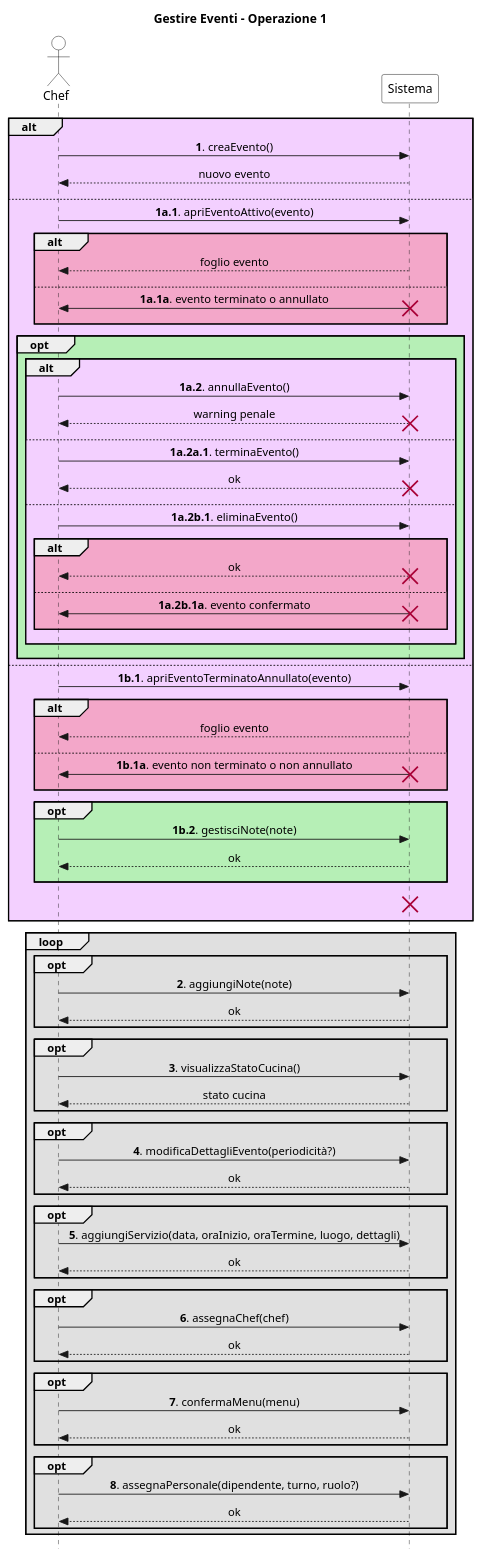
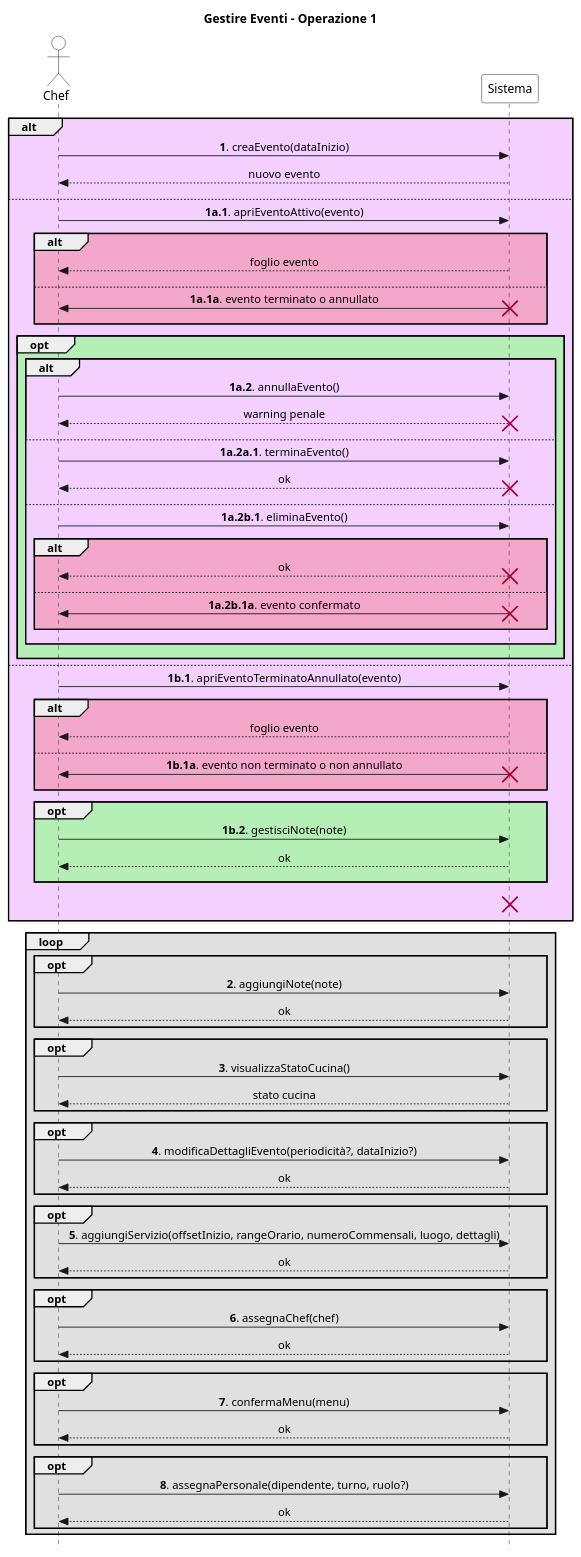
One commit to stefa168/sas-project changed the diagram in UP/Requisiti/UC Gestire Eventi/SSD/Estensioni-Eccezioni Op1.puml. Above: the diagram before and after it, drawn with PlantUML. The commit also changed 4 other files, not shown here.

```diff
--- a/UP/Requisiti/UC Gestire Eventi/SSD/Estensioni-Eccezioni Op1.puml
+++ b/UP/Requisiti/UC Gestire Eventi/SSD/Estensioni-Eccezioni Op1.puml
@@ -1,118 +1,118 @@
 @startuml
 skinparam Style strictuml
 skinparam SequenceMessageAlign center
 
 skinparam sequence {
     ActorBorderColor Black
     ActorBackgroundColor White
     ParticipantBorderColor Black
     ParticipantBackgroundColor White
 }
 
 actor Chef
 participant Sistema
 
 title Gestire Eventi - Operazione 1
 
 alt #f3d0ff
-    Chef -> Sistema: **1**. creaEvento()
+    Chef -> Sistema: **1**. creaEvento(dataInizio)
     return nuovo evento
     ||10||
 else
     Chef -> Sistema: **1a.1**. apriEventoAttivo(evento)
     alt #f3a7c9
         return foglio evento
         ||10||
     else
         Chef <- Sistema: **1a.1a**. evento terminato o annullato
         destroy Sistema
         ||10||
     end
 
     opt #b6efb6
         alt #f3d0ff
             Chef -> Sistema: **1a.2**. annullaEvento()
             return warning penale
             destroy Sistema
             ||10||
         else
             Chef -> Sistema: **1a.2a.1**. terminaEvento()
             return ok
             destroy Sistema
             ||10||
         else
             Chef -> Sistema: **1a.2b.1**. eliminaEvento()
             alt #f3a7c9
                 return ok
                 destroy Sistema
                 ||10||
             else
                Chef <- Sistema: **1a.2b.1a**. evento confermato
                destroy Sistema
                ||10||
             end
             ||10||
         end
         ' non abbiamo modo di modificare il colore della X
         ||10||
     end
 else
     Chef -> Sistema: **1b.1**. apriEventoTerminatoAnnullato(evento)
     alt #f3a7c9
         return foglio evento
         ||10||
     else
         Chef <- Sistema: **1b.1a**. evento non terminato o non annullato
         destroy Sistema
         ||10||
     end
 
     opt #b6efb6
         Chef -> Sistema: **1b.2**. gestisciNote(note)
         return ok
         ||10||
     end
 
     ||10||
     destroy Sistema
 '    note over Chef, Sistema #fff: Il caso d'uso termina.
     ||10||
 end
 
 loop #e0e0e0
     opt #e0e0e0
         Chef -> Sistema: **2**. aggiungiNote(note)
         return ok
     end
 
     opt #e0e0e0
         Chef -> Sistema: **3**. visualizzaStatoCucina()
         return stato cucina
     end
 
     opt #e0e0e0
-        Chef -> Sistema: **4**. modificaDettagliEvento(periodicità?)
+        Chef -> Sistema: **4**. modificaDettagliEvento(periodicità?, dataInizio?)
         return ok
     end
 
     opt #e0e0e0
-        Chef -> Sistema: **5**. aggiungiServizio(data, oraInizio, oraTermine, luogo, dettagli)
+        Chef -> Sistema: **5**. aggiungiServizio(offsetInizio, rangeOrario, numeroCommensali, luogo, dettagli)
         return ok
     end
 
     opt #e0e0e0
         Chef -> Sistema: **6**. assegnaChef(chef)
         return ok
     end
 
     opt #e0e0e0
         Chef -> Sistema: **7**. confermaMenu(menu)
         return ok
     end
 
     opt #e0e0e0
         Chef -> Sistema: **8**. assegnaPersonale(dipendente, turno, ruolo?)
         return ok
     end
 end
 @enduml
```
